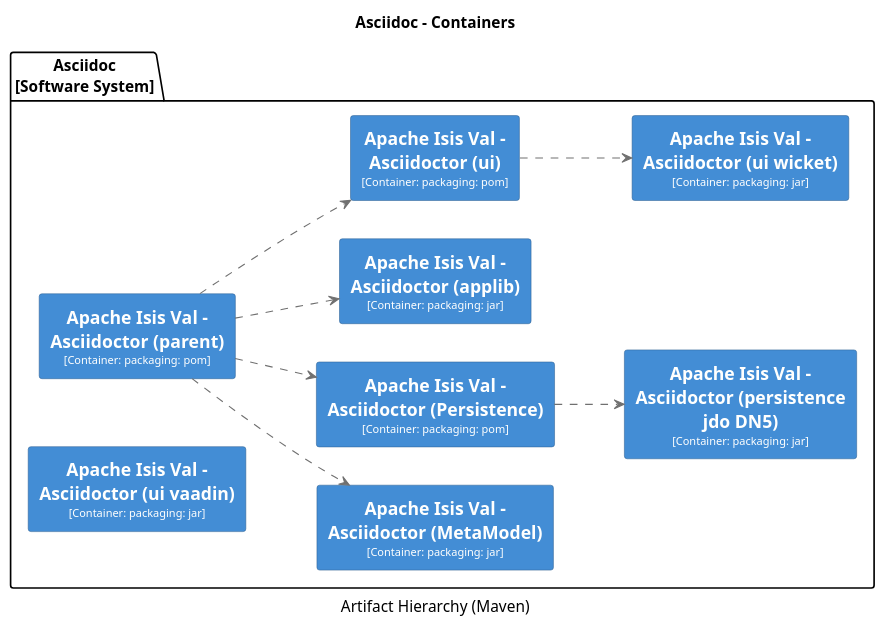
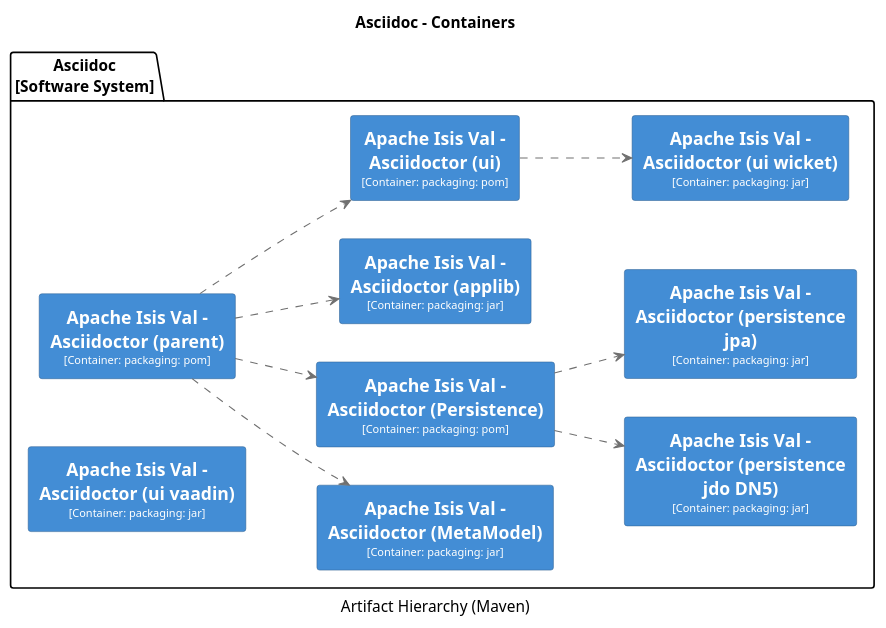
Before and after one commit to apache/causeway: diagram 18 of 38 in core/adoc/modules/_overview/pages/about.adoc, drawn with PlantUML. The commit also changed other lines of this file and 135 other files, not shown here.

```diff
--- a/core/adoc/modules/_overview/pages/about.adoc
+++ b/core/adoc/modules/_overview/pages/about.adoc
@@ -2977,73 +2869,80 @@
 [plantuml,Asciidoc,svg]
 ----
 @startuml(id=Asciidoc)
 title Asciidoc - Containers
 caption Artifact Hierarchy (Maven)
 
 skinparam {
   shadowing false
   arrowFontSize 10
   defaultTextAlignment center
   wrapWidth 200
   maxMessageSize 100
 }
 hide stereotype
 left to right direction
 skinparam rectangle<<2>> {
   BackgroundColor #438dd5
   FontColor #fffffe
   BorderColor #2E6295
 }
 skinparam rectangle<<3>> {
   BackgroundColor #438dd5
   FontColor #fffffe
   BorderColor #2E6295
 }
 skinparam rectangle<<4>> {
   BackgroundColor #438dd5
   FontColor #fffffe
   BorderColor #2E6295
 }
 skinparam rectangle<<5>> {
   BackgroundColor #438dd5
   FontColor #fffffe
   BorderColor #2E6295
 }
 skinparam rectangle<<6>> {
   BackgroundColor #438dd5
   FontColor #fffffe
   BorderColor #2E6295
 }
 skinparam rectangle<<7>> {
   BackgroundColor #438dd5
   FontColor #fffffe
   BorderColor #2E6295
 }
 skinparam rectangle<<8>> {
   BackgroundColor #438dd5
   FontColor #fffffe
   BorderColor #2E6295
 }
 skinparam rectangle<<9>> {
   BackgroundColor #438dd5
   FontColor #fffffe
   BorderColor #2E6295
 }
+skinparam rectangle<<10>> {
+  BackgroundColor #438dd5
+  FontColor #fffffe
+  BorderColor #2E6295
+}
 package "Asciidoc\n[Software System]" {
   rectangle "==Apache Isis Val - Asciidoctor (MetaModel)\n<size:10>[Container: packaging: jar]</size>" <<4>> as 4
   rectangle "==Apache Isis Val - Asciidoctor (Persistence)\n<size:10>[Container: packaging: pom]</size>" <<5>> as 5
   rectangle "==Apache Isis Val - Asciidoctor (applib)\n<size:10>[Container: packaging: jar]</size>" <<3>> as 3
   rectangle "==Apache Isis Val - Asciidoctor (parent)\n<size:10>[Container: packaging: pom]</size>" <<2>> as 2
   rectangle "==Apache Isis Val - Asciidoctor (persistence jdo DN5)\n<size:10>[Container: packaging: jar]</size>" <<6>> as 6
-  rectangle "==Apache Isis Val - Asciidoctor (ui vaadin)\n<size:10>[Container: packaging: jar]</size>" <<8>> as 8
-  rectangle "==Apache Isis Val - Asciidoctor (ui wicket)\n<size:10>[Container: packaging: jar]</size>" <<9>> as 9
-  rectangle "==Apache Isis Val - Asciidoctor (ui)\n<size:10>[Container: packaging: pom]</size>" <<7>> as 7
+  rectangle "==Apache Isis Val - Asciidoctor (persistence jpa)\n<size:10>[Container: packaging: jar]</size>" <<7>> as 7
+  rectangle "==Apache Isis Val - Asciidoctor (ui vaadin)\n<size:10>[Container: packaging: jar]</size>" <<9>> as 9
+  rectangle "==Apache Isis Val - Asciidoctor (ui wicket)\n<size:10>[Container: packaging: jar]</size>" <<10>> as 10
+  rectangle "==Apache Isis Val - Asciidoctor (ui)\n<size:10>[Container: packaging: pom]</size>" <<8>> as 8
 }
 5 .[#707070].> 6 : ""
+5 .[#707070].> 7 : ""
 2 .[#707070].> 4 : ""
 2 .[#707070].> 5 : ""
 2 .[#707070].> 3 : ""
-2 .[#707070].> 7 : ""
-7 .[#707070].> 9 : ""
+2 .[#707070].> 8 : ""
+8 .[#707070].> 10 : ""
 @enduml
 ----
```
